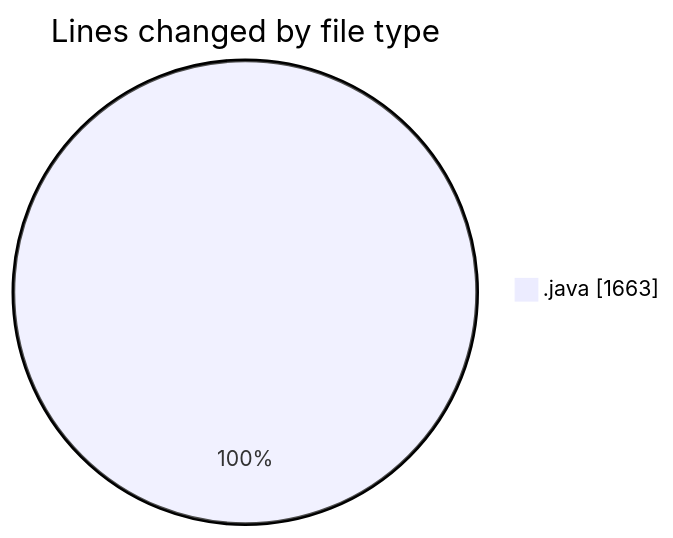
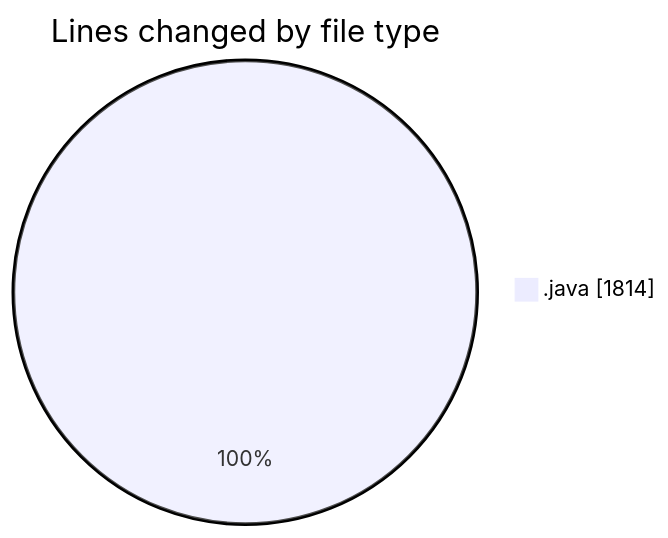
One commit to ricardozamudiocil/code-tracking changed the first of 2 diagrams in 2026-07-21/cilreports__workspace_/README.md. Above: the diagram before and after it, drawn with Mermaid. The commit also changed other lines of this file and 1 other file, not shown here.

````diff
--- a/2026-07-21/cilreports__workspace_/README.md
+++ b/2026-07-21/cilreports__workspace_/README.md
@@ -23,5 +23,5 @@
 ```mermaid
 pie showData
 title Lines changed by file type
-".java" : 1663
+".java" : 1814
 ```
````
